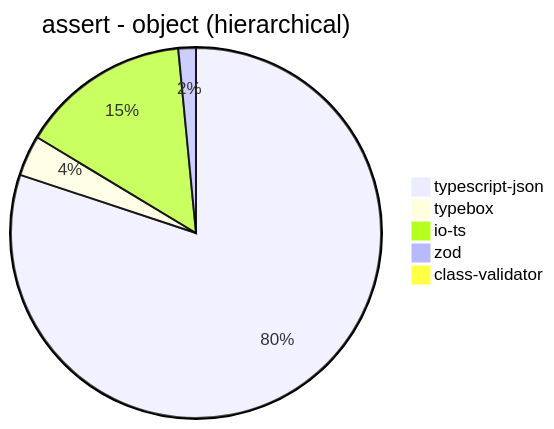
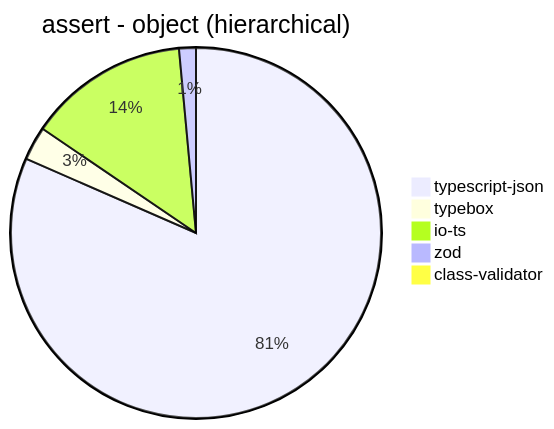
One commit to samchon/typia changed the ninth of 39 diagrams in benchmark/results/AMD Ryzen 9 5900HX with Radeon Graphics.md. Above: the diagram before and after it, drawn with Mermaid. The commit also changed other lines of this file and 3 other files, not shown here.

````diff
--- a/benchmark/results/AMD Ryzen 9 5900HX with Radeon Graphics.md
+++ b/benchmark/results/AMD Ryzen 9 5900HX with Radeon Graphics.md
@@ -126,8 +126,8 @@
 ```mermaid
 pie title assert - object (hierarchical)
-  "typescript-json": 22979.15218902015
-  "typebox": 1019.412191582003
-  "io-ts": 4256.124721603564
-  "zod": 439.7974493623406
-  "class-validator": 68.41909023117077
+  "typescript-json": 24062.84592037136
+  "typebox": 867.8710591569253
+  "io-ts": 4139.747576367295
+  "zod": 433.0013155421913
+  "class-validator": 66.93343033830483
 ```
````
